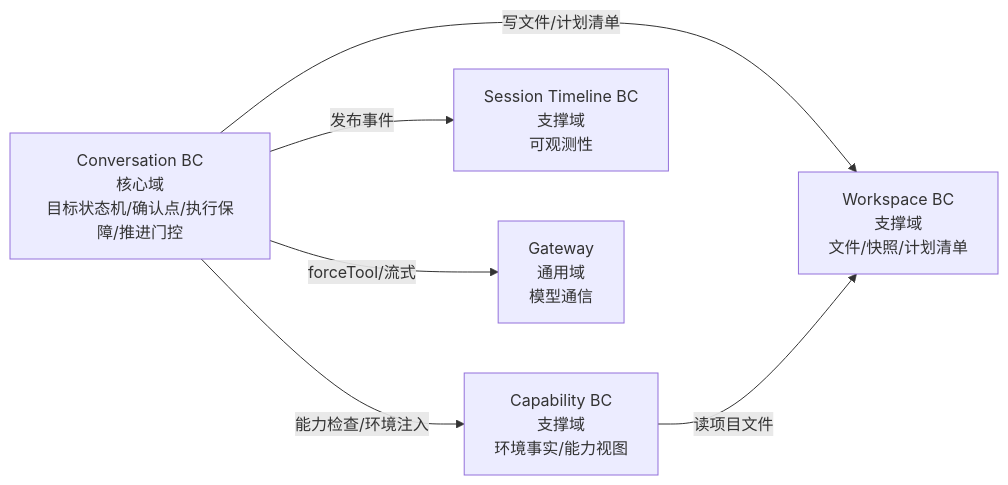
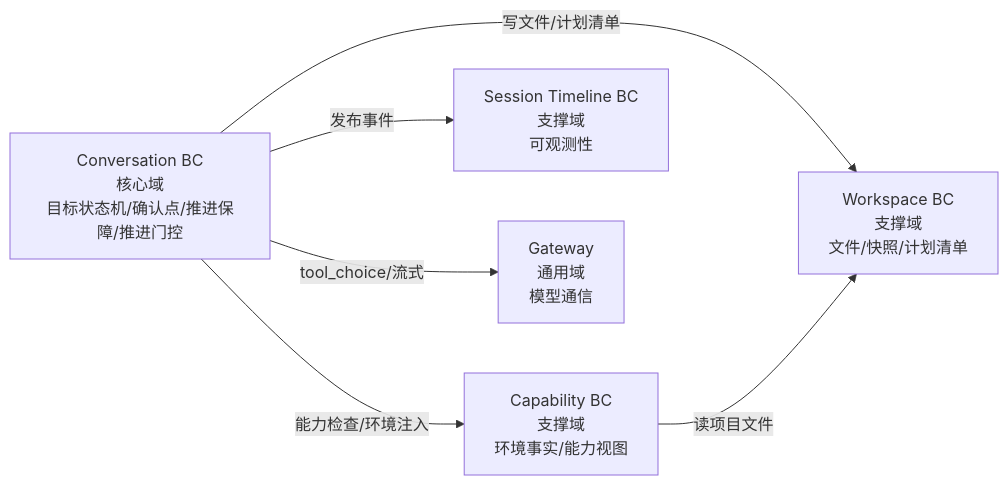
One commit to NinjaSln-labs/neonforge changed the diagram in docs/domain/03-strategic-design.md. Above: the diagram before and after it, drawn with Mermaid. The commit also changed other lines of this file and 15 other files, not shown here.

Commit message:
docs: 产品文档第 5-12 轮审计修复——意图确认重设计文档基线（值对象/服务/事件三处一致性 + ActionAttribute 权威定义 + 就绪度 92/100）

````diff
--- a/docs/domain/03-strategic-design.md
+++ b/docs/domain/03-strategic-design.md
@@ -105,13 +105,13 @@
 ```mermaid
 graph LR
-    CONV[Conversation BC<br/>核心域<br/>目标状态机/确认点/执行保障/推进门控]
+    CONV[Conversation BC<br/>核心域<br/>目标状态机/确认点/推进保障/推进门控]
     CAP[Capability BC<br/>支撑域<br/>环境事实/能力视图]
     WS[Workspace BC<br/>支撑域<br/>文件/快照/计划清单]
     TL[Session Timeline BC<br/>支撑域<br/>可观测性]
     GW[Gateway<br/>通用域<br/>模型通信]
     CONV -->|能力检查/环境注入| CAP
     CONV -->|写文件/计划清单| WS
     CONV -->|发布事件| TL
-    CONV -->|forceTool/流式| GW
+    CONV -->|tool_choice/流式| GW
     CAP -->|读项目文件| WS
 ```
````
